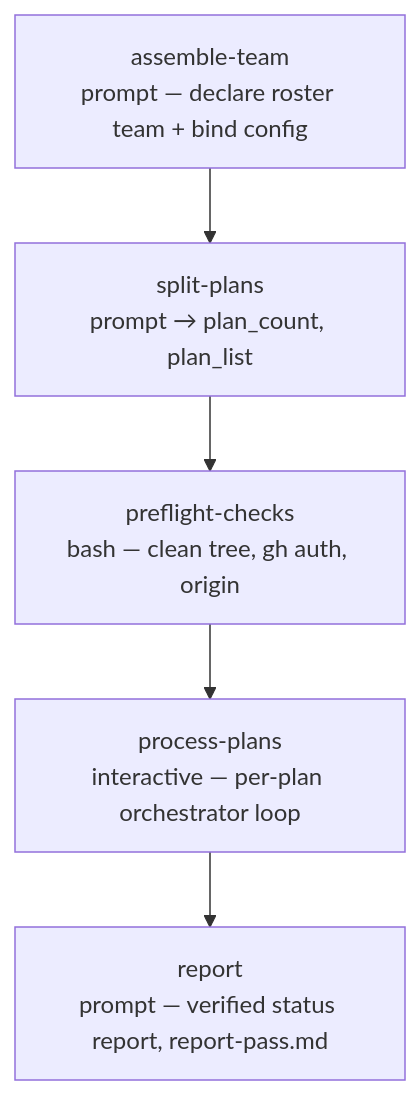
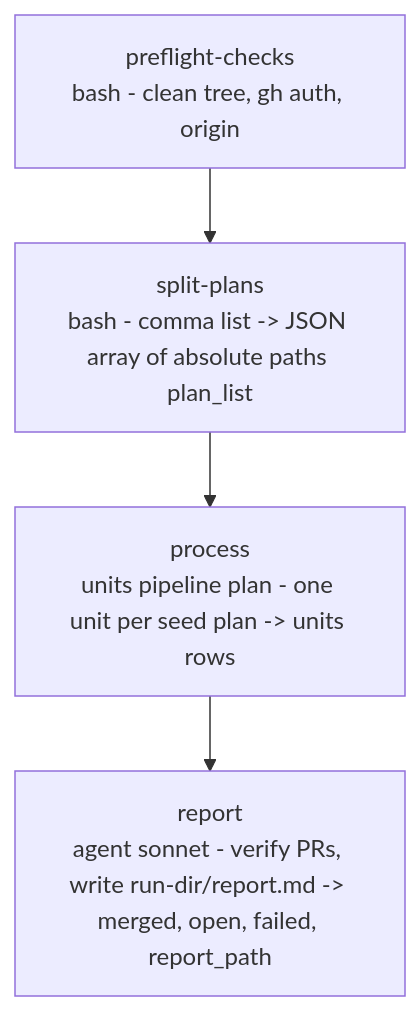
The diagram in plugins/wise/workflows/impl-plan-auto/README.md (e1024kb/wise-claude), drawn with Mermaid before and after one commit. The commit also changed other lines of this file and 187 other files, not shown here.

````diff
--- a/plugins/wise/workflows/impl-plan-auto/README.md
+++ b/plugins/wise/workflows/impl-plan-auto/README.md
@@ -81,7 +54,6 @@
 ```mermaid
 flowchart TD
-    A[assemble-team<br/>prompt — declare roster team + bind config] --> B[split-plans<br/>prompt → plan_count, plan_list]
-    B --> C[preflight-checks<br/>bash — clean tree, gh auth, origin]
-    C --> D[process-plans<br/>interactive — per-plan orchestrator loop]
-    D --> E[report<br/>prompt — verified status report, report-pass.md]
+    A[preflight-checks<br/>bash - clean tree, gh auth, origin] --> B[split-plans<br/>bash - comma list -> JSON array of absolute paths plan_list]
+    B --> D[process<br/>units pipeline plan - one unit per seed plan -> units rows]
+    D --> E[report<br/>agent sonnet - verify PRs, write run-dir/report.md -> merged, open, failed, report_path]
 ```
````
